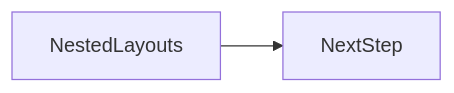
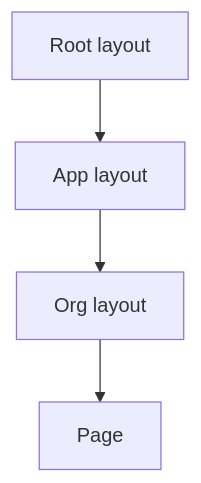
The second of 2 diagrams in docs/en/11-nextjs/nested-layouts/index.md (OmidJavaherii/Frontend-Engineering-Handbook), drawn with Mermaid before and after one commit. The commit also changed other lines of this file and 461 other files, not shown here.

````diff
--- a/docs/en/11-nextjs/nested-layouts/index.md
+++ b/docs/en/11-nextjs/nested-layouts/index.md
@@ -95,4 +123,6 @@
 ```mermaid
-flowchart LR
-  concept[NestedLayouts] --> nextStep[NextStep]
+flowchart TD
+  R[Root layout] --> A[App layout]
+  A --> O[Org layout]
+  O --> P[Page]
 ```
````
